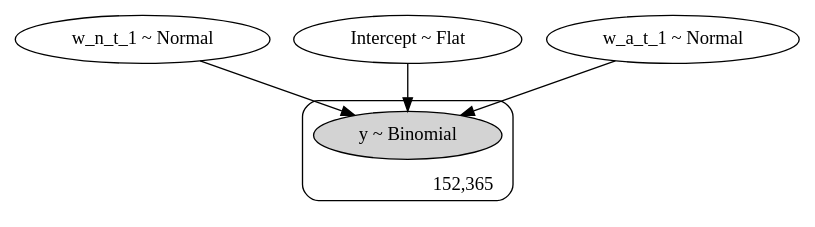
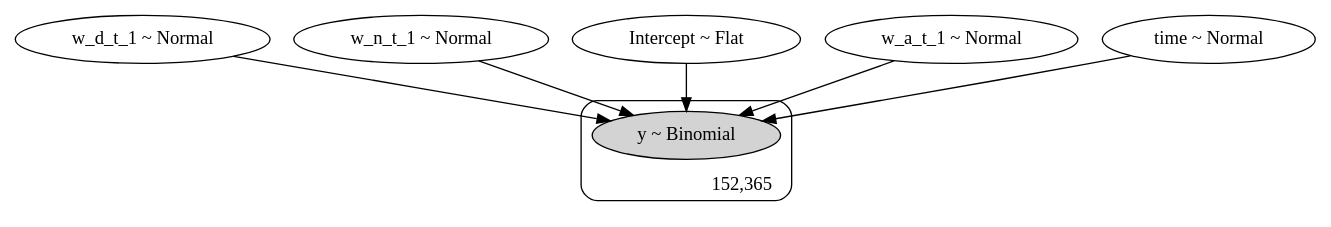
One commit to htalebiyan/Dec2py changed the diagram in pyindp/STAR_Model_V3_Temporal/Digraph.gv. Above: the diagram before and after it, drawn with Graphviz. The commit also changed 5 other files, not shown here.

```diff
--- a/pyindp/STAR_Model_V3_Temporal/Digraph.gv
+++ b/pyindp/STAR_Model_V3_Temporal/Digraph.gv
@@ -1,12 +1,16 @@
 digraph {
 	subgraph "cluster152,365" {
 		y [label="y ~ Binomial" style=filled]
 		label="152,365" labeljust=r labelloc=b style=rounded
 	}
+	w_d_t_1 [label="w_d_t_1 ~ Normal"]
 	w_n_t_1 [label="w_n_t_1 ~ Normal"]
 	Intercept [label="Intercept ~ Flat"]
 	w_a_t_1 [label="w_a_t_1 ~ Normal"]
+	time [label="time ~ Normal"]
+	w_d_t_1 -> y
 	w_n_t_1 -> y
 	Intercept -> y
 	w_a_t_1 -> y
+	time -> y
 }
```
